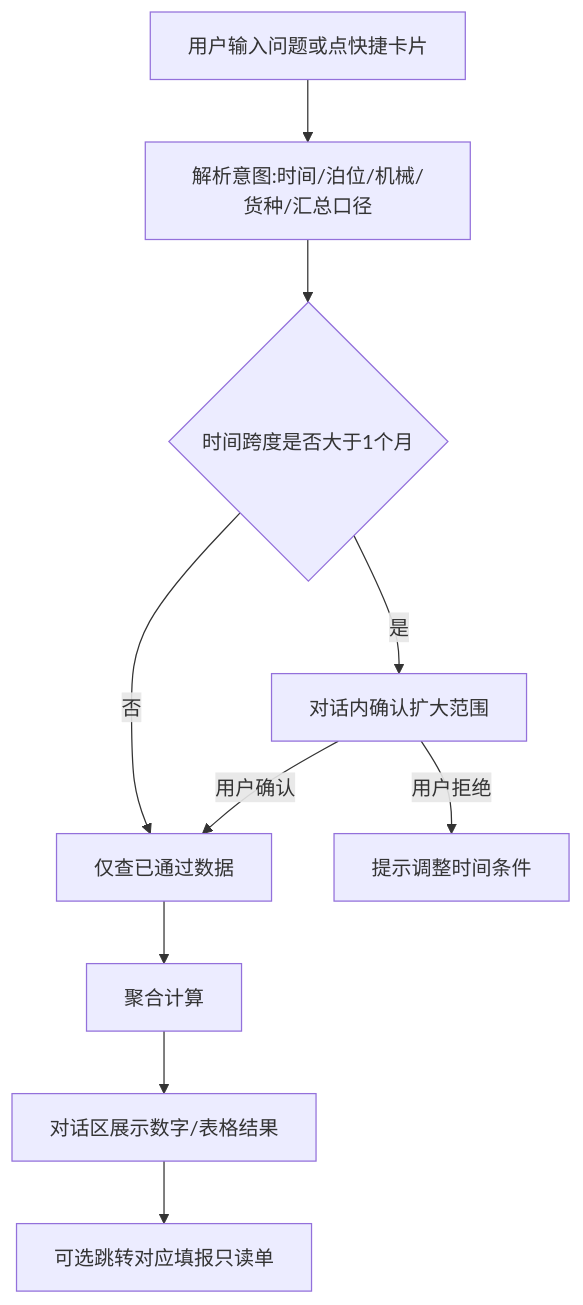
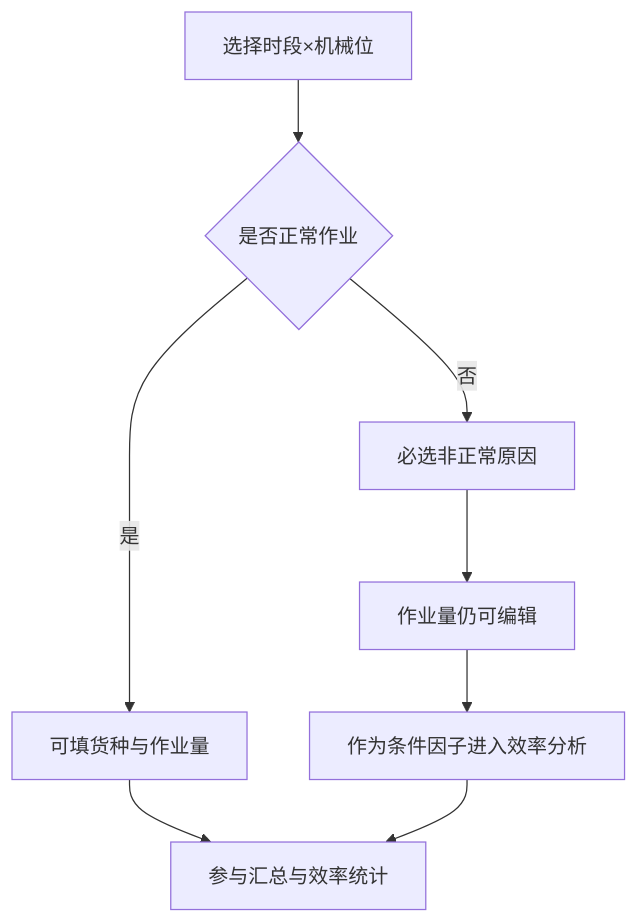
Before and after one commit to liaoliao66/TOS: the second of 6 diagrams in docs/versions/v1.0.0/prd.md, drawn with Mermaid. The commit also changed other lines of this file and 15 other files, not shown here.

````diff
--- a/docs/versions/v1.0.0/prd.md
+++ b/docs/versions/v1.0.0/prd.md
@@ -142,12 +148,10 @@
 ```mermaid
 flowchart TD
-    A[用户输入问题或点快捷卡片] --> B[解析意图:时间/泊位/机械/货种/汇总口径]
-    B --> C{时间跨度是否大于1个月}
-    C -->|是| D[对话内确认扩大范围]
-    C -->|否| E[仅查已通过数据]
-    D -->|用户确认| E
-    D -->|用户拒绝| F[提示调整时间条件]
-    E --> G[聚合计算]
-    G --> H[对话区展示数字/表格结果]
-    H --> I[可选跳转对应填报只读单]
+    A[选择时段×机械位] --> B{是否正常作业}
+    B -->|是| C[可填货种与作业量]
+    B -->|否| D[必选非正常原因]
+    D --> E[作业量仍可编辑]
+    E --> F[作为条件因子进入效率分析]
+    C --> G[参与汇总与效率统计]
+    F --> G
 ```
````
